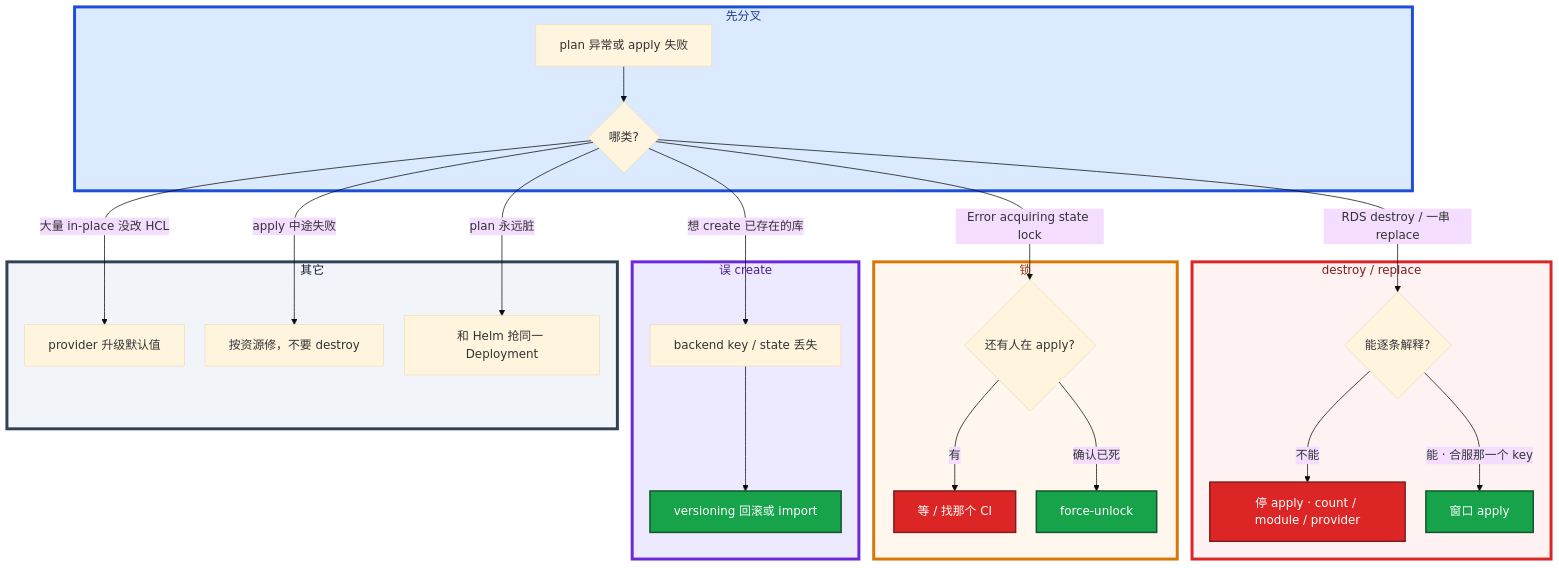
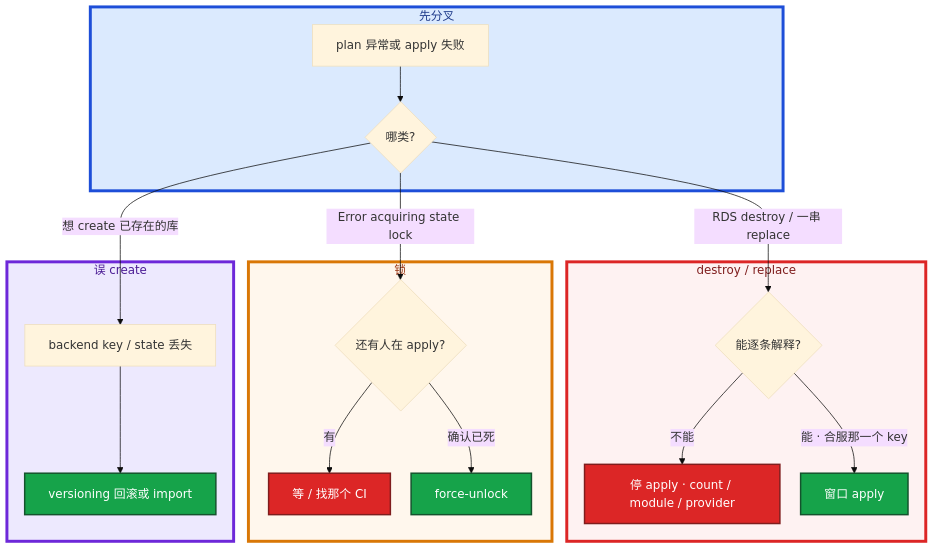
Before and after one commit to ml-cuizijun/LearnToLilith: the fifth of 5 diagrams in 05-工程化与自动化/05-Terraform/知识点.md, drawn with Mermaid. The commit also changed other lines of this file and 107 other files, not shown here.

````diff
--- a/05-工程化与自动化/05-Terraform/知识点.md
+++ b/05-工程化与自动化/05-Terraform/知识点.md
@@ -535,41 +545,34 @@
 ```mermaid
 %%{init: {"flowchart": {"padding": 16, "nodeSpacing": 28, "rankSpacing": 48}, "theme": "base"}}%%
 flowchart TB
     subgraph gate ["先分叉"]
         A[plan 异常或 apply 失败] --> B{哪类?}
     end
 
     subgraph destroy ["destroy / replace"]
         B -->|RDS destroy / 一串 replace| C{能逐条解释?}
         C -->|不能| D[停 apply · count / module / provider]
         C -->|能 · 合服那一个 key| E[窗口 apply]
     end
 
     subgraph lock ["锁"]
         B -->|Error acquiring state lock| F{还有人在 apply?}
         F -->|有| G[等 / 找那个 CI]
         F -->|确认已死| H[force-unlock]
     end
 
     subgraph create ["误 create"]
         B -->|想 create 已存在的库| I[backend key / state 丢失]
         I --> J[versioning 回滚或 import]
     end
 
-    subgraph other ["其它"]
-        B -->|大量 in-place 没改 HCL| K[provider 升级默认值]
-        B -->|apply 中途失败| L[按资源修，不要 destroy]
-        B -->|plan 永远脏| M[和 Helm 抢同一 Deployment]
-    end
-
     classDef bad fill:#DC2626,stroke:#7F1D1D,stroke-width:2px,color:#fff
     classDef ok fill:#16A34A,stroke:#14532D,stroke-width:2px,color:#fff
     class D,G bad
     class E,H,J ok
 
     style gate fill:#DBEAFE,stroke:#1D4ED8,stroke-width:4px,color:#1E3A8A
     style destroy fill:#FEF2F2,stroke:#DC2626,stroke-width:4px,color:#7F1D1D
     style lock fill:#FFF7ED,stroke:#D97706,stroke-width:4px,color:#9A3412
     style create fill:#EDE9FE,stroke:#6D28D9,stroke-width:4px,color:#4C1D95
-    style other fill:#F1F5F9,stroke:#334155,stroke-width:4px,color:#0F172A
 ```
````
